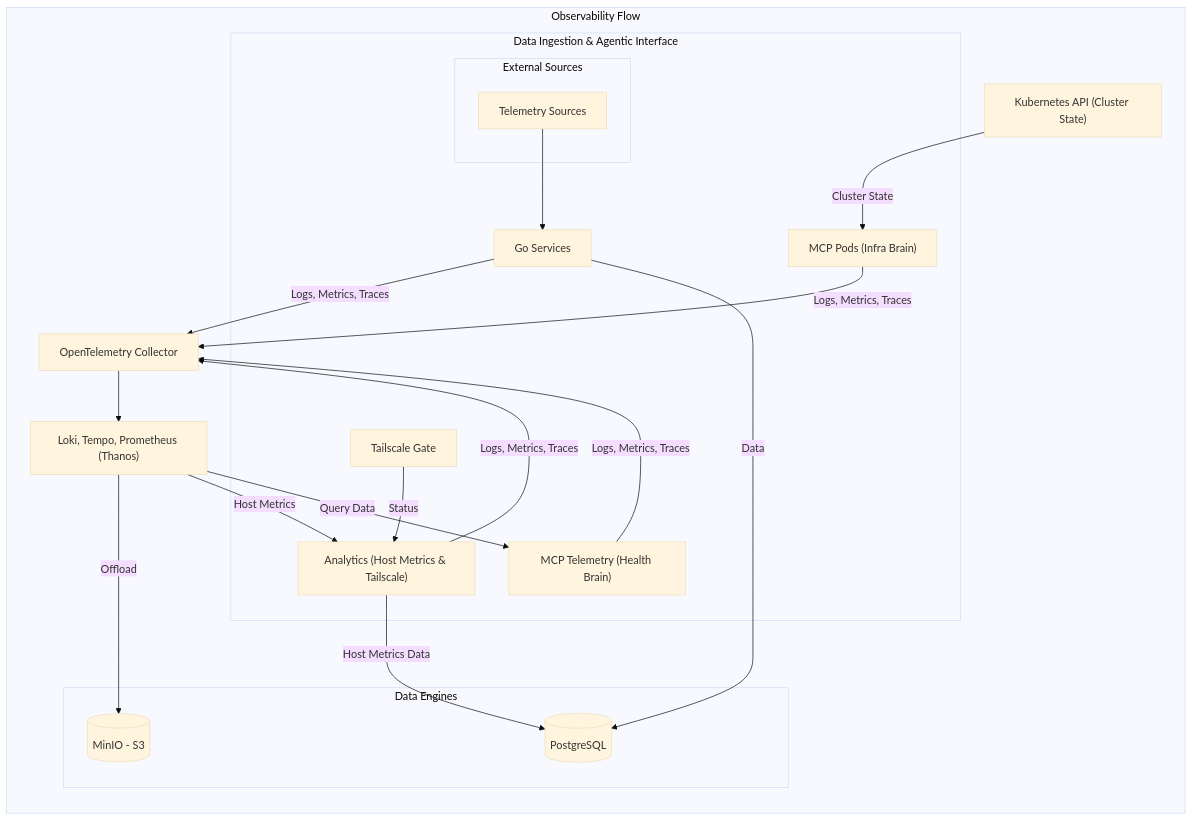
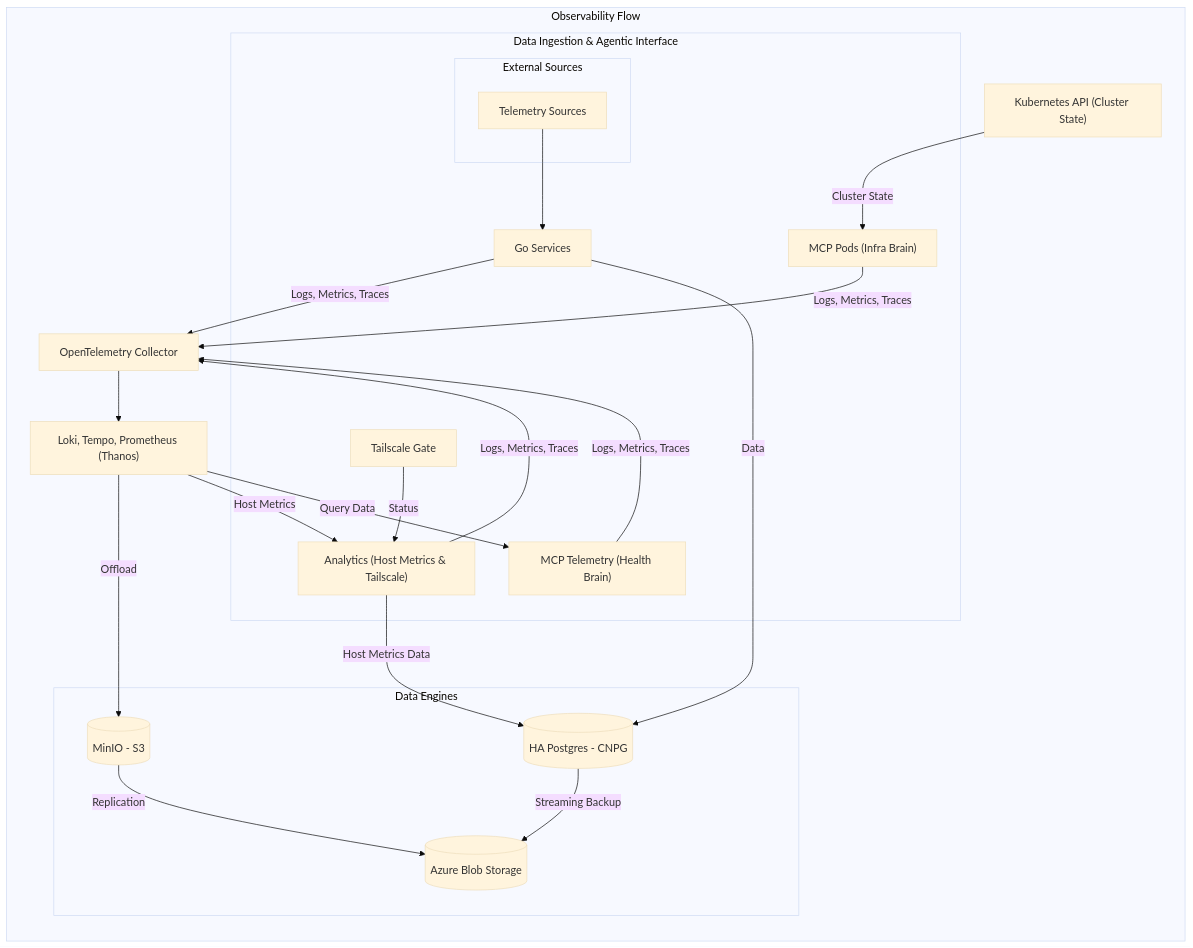
Before and after one commit to victoriacheng15/observability-hub: the diagram in docs/architecture/core-concepts/observability.md, drawn with Mermaid (base theme). The commit also changed other lines of this file and 6 other files, not shown here.

Commit message:
docs(infra): align architecture and operations with HA CNPG and Azure stack (#312)

````diff
--- a/docs/architecture/core-concepts/observability.md
+++ b/docs/architecture/core-concepts/observability.md
@@ -7,46 +7,50 @@
 ```mermaid
 flowchart TB
     subgraph ObservabilityFlow ["Observability Flow"]
         direction TB
         subgraph Logic ["Data Ingestion & Agentic Interface"]
             subgraph ExternalSources ["External Sources"]
                 External["Telemetry Sources"]
             end
 
             GoApps["Go Services"]
             MCP_Tele["MCP Telemetry (Health Brain)"]
             MCP_Pods["MCP Pods (Infra Brain)"]
             Analytics["Analytics (Host Metrics & Tailscale)"]
             Gate[Tailscale Gate]
         end
 
         K8S["Kubernetes API (Cluster State)"]
         OTEL[OpenTelemetry Collector]
 
         Observability["Loki, Tempo, Prometheus (Thanos)"]
         subgraph Storage ["Data Engines"]
-            PG[(PostgreSQL)]
+            PG[(HA Postgres - CNPG)]
             S3[(MinIO - S3)]
+            Azure[(Azure Blob Storage)]
         end
     end
 
     %% Data Pipeline Connections
     External --> GoApps
     
     %% Domain-Isolated MCP Paths
     Observability -- "Query Data" --> MCP_Tele
     K8S -- "Cluster State" --> MCP_Pods
 
     %% Telemetry & Storage Connections
     Observability -- "Host Metrics" --> Analytics
     Gate -- "Status" --> Analytics
     Analytics -- "Host Metrics Data" --> PG
     GoApps -- Data --> PG
 
     %% Telemetry Pipeline (OTLP)
     GoApps & MCP_Tele & MCP_Pods & Analytics -- "Logs, Metrics, Traces" --> OTEL
     
     OTEL --> Observability
     
+    %% Resilience & Backup
     Observability -- "Offload" --> S3
+    PG -- "Streaming Backup" --> Azure
+    S3 -- "Replication" --> Azure
 ```
````
